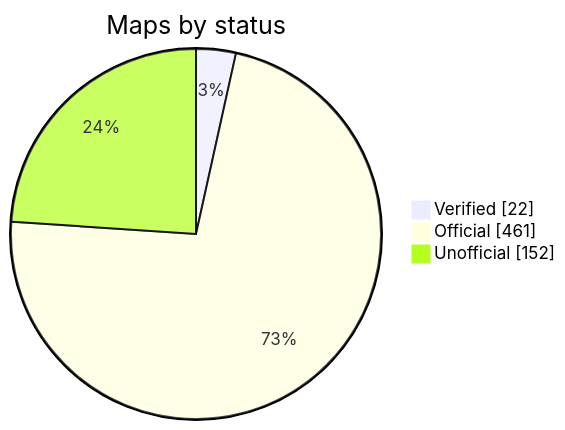
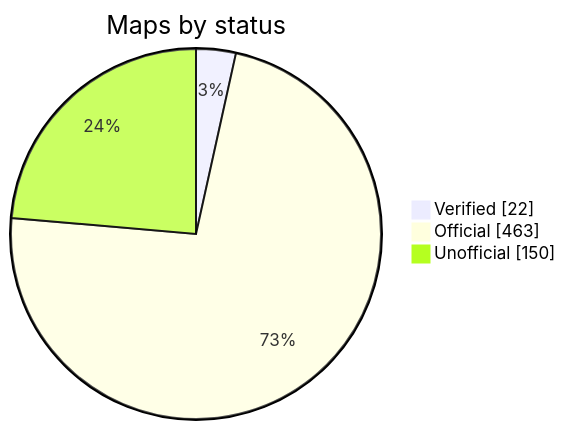
One commit to nobrega8/mbmap-library changed the diagram in README.md. Above: the diagram before and after it, drawn with Mermaid. The commit also changed 7 other files, not shown here.

````diff
--- a/README.md
+++ b/README.md
@@ -52,7 +52,7 @@
 ```mermaid
 pie showData
     title Maps by status
     "Verified" : 22
-    "Official" : 461
-    "Unofficial" : 152
+    "Official" : 463
+    "Unofficial" : 150
 ```
````
